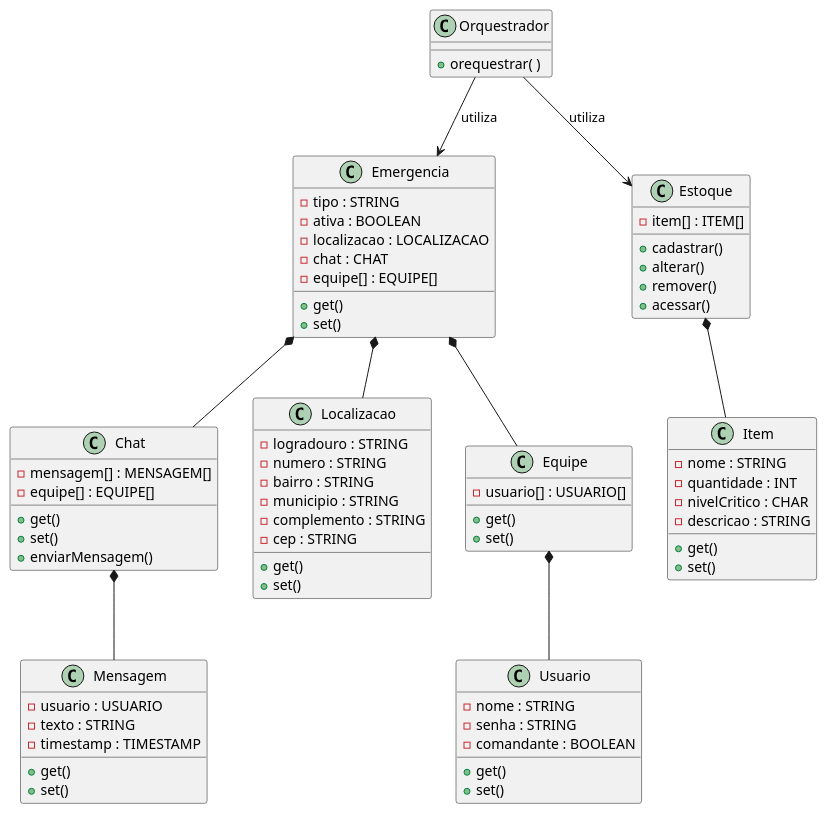
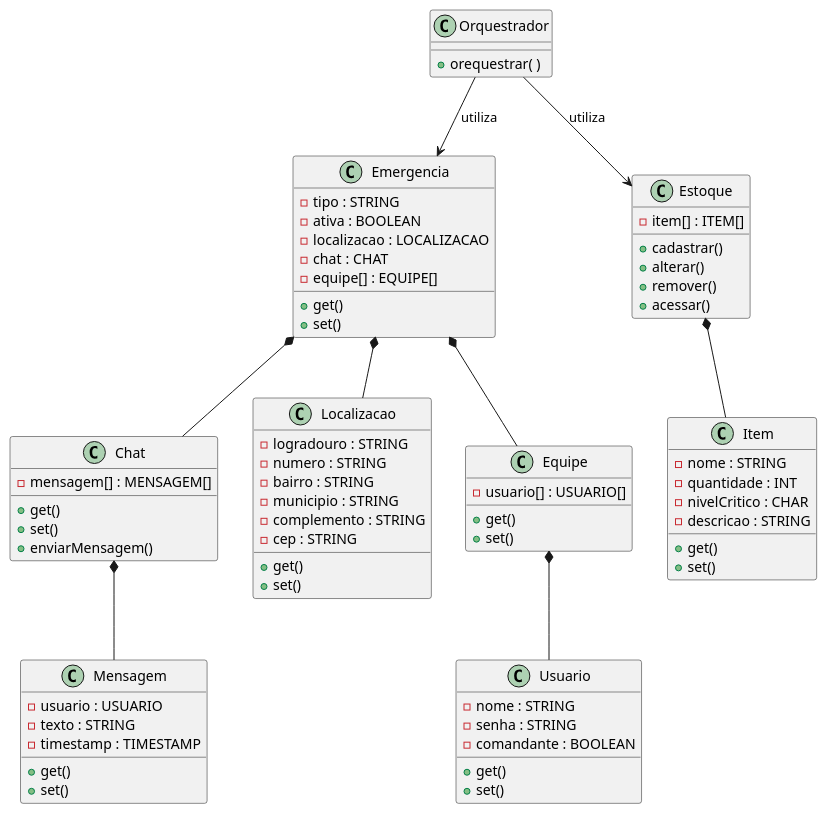
The diagram in Diagrams/classes.wsd (isabel-petry/software-engineering), drawn with PlantUML before and after one commit. The commit also changed 3 other files, not shown here.

```diff
--- a/Diagrams/classes.wsd
+++ b/Diagrams/classes.wsd
@@ -1,87 +1,86 @@
 @startuml
 
 class Mensagem {
     - usuario : USUARIO
     - texto : STRING
     - timestamp : TIMESTAMP
     + get()
     + set()
 }
 
 class Chat {
     - mensagem[] : MENSAGEM[]
-    - equipe[] : EQUIPE[]
     + get()
     + set()
     + enviarMensagem()
 }
 
 class Emergencia {
     - tipo : STRING
     - ativa : BOOLEAN
     - localizacao : LOCALIZACAO
     - chat : CHAT
     - equipe[] : EQUIPE[]
     + get()
     + set()
 }
 
 class Localizacao {
     - logradouro : STRING
     - numero : STRING
     - bairro : STRING
     - municipio : STRING 
     - complemento : STRING
     - cep : STRING 
     + get()
     + set()
 }
 
 class Estoque {
     - item[] : ITEM[]
     + cadastrar()
     + alterar()
     + remover()
     + acessar()
 }
 
 class Equipe {
     - usuario[] : USUARIO[]
     + get()
     + set()
 
 }
 
 class Item {
     - nome : STRING 
     - quantidade : INT 
     - nivelCritico : CHAR 
     - descricao : STRING
     + get()
     + set()
 }
 
 class Usuario {
     - nome : STRING
     - senha : STRING
     - comandante : BOOLEAN
     + get()
     + set()
 }
 
 
 class Orquestrador {
     + orequestrar( )
 }
 
 Orquestrador --> Estoque : utiliza
 Orquestrador --> Emergencia : utiliza
 
 Emergencia *-- Chat
 Emergencia *-- Equipe
 Emergencia *-- Localizacao
 Estoque *-- Item
 Equipe *-- Usuario
 Chat *-- Mensagem
 
 @enduml
```
